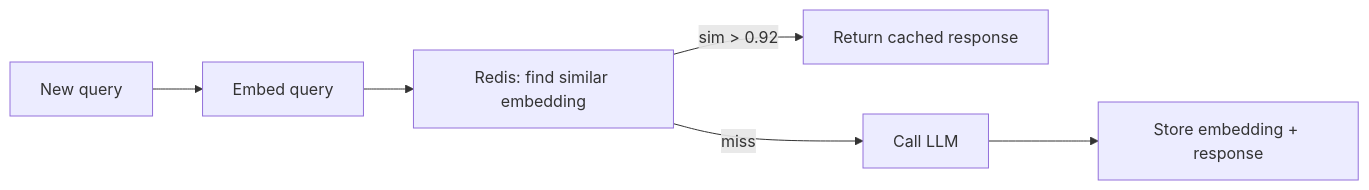
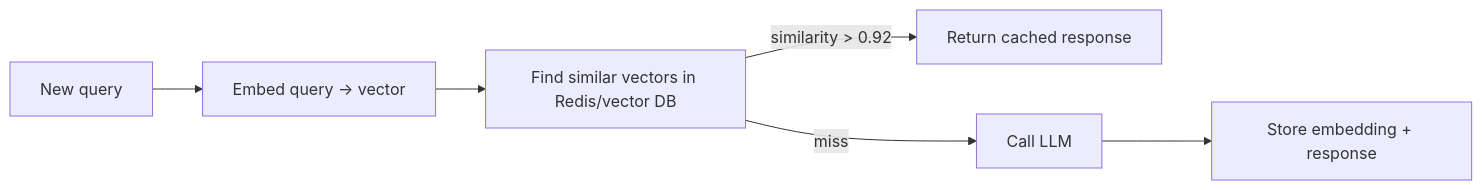
One commit to codevoks/Learning changed the second of 4 diagrams in AI/AI Development/modules/02-llm-infra/MODULE.md. Above: the diagram before and after it, drawn with Mermaid. The commit also changed other lines of this file and 32 other files, not shown here.

````diff
--- a/AI/AI Development/modules/02-llm-infra/MODULE.md
+++ b/AI/AI Development/modules/02-llm-infra/MODULE.md
@@ -124,8 +290,8 @@
 ```mermaid
 flowchart LR
-    Q["New query"] --> Emb["Embed query"]
-    Emb --> Search["Redis: find similar embedding"]
-    Search -->|sim > 0.92| Hit["Return cached response"]
+    Q["New query"] --> Emb["Embed query → vector"]
+    Emb --> Search["Find similar vectors in Redis/vector DB"]
+    Search -->|similarity > 0.92| Hit["Return cached response"]
     Search -->|miss| LLM["Call LLM"]
     LLM --> Store["Store embedding + response"]
 ```
````
